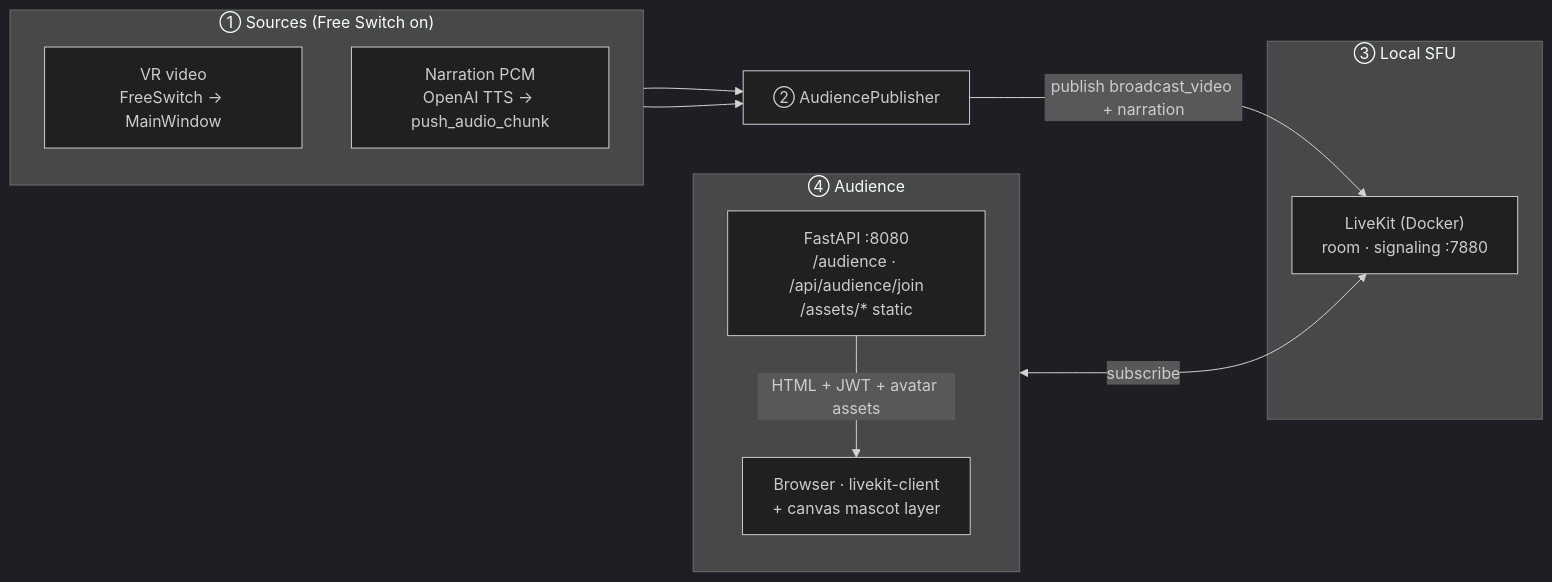
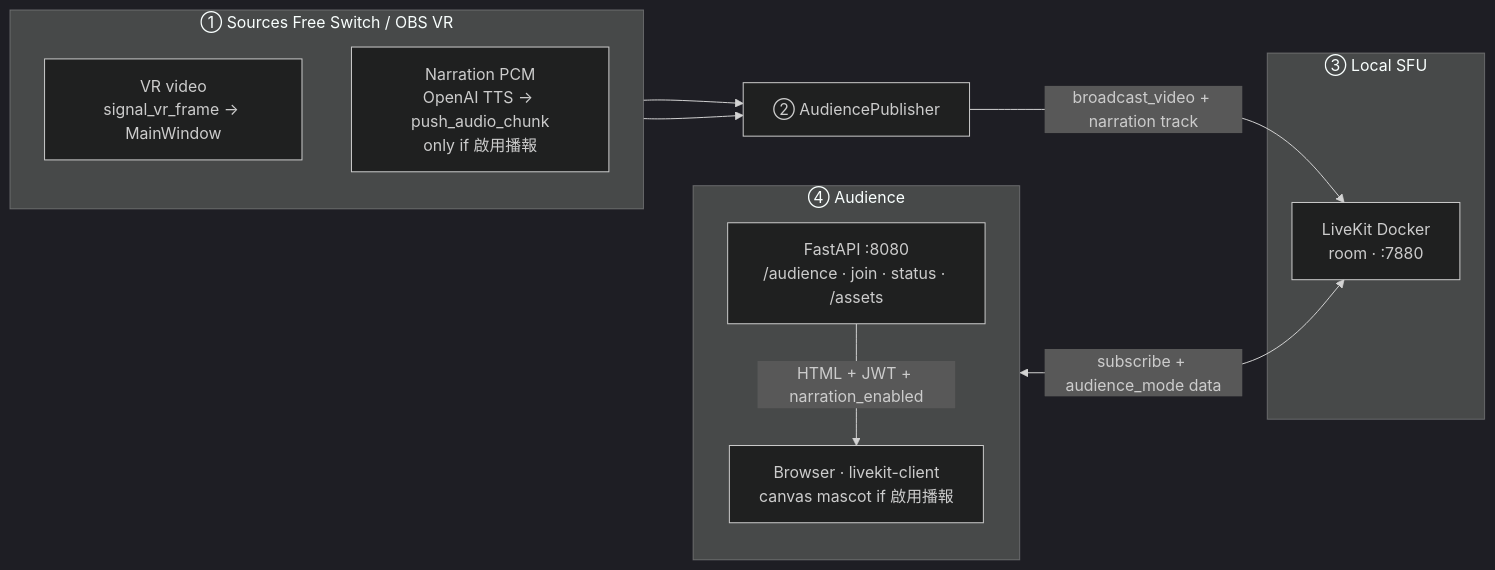
Before and after one commit to bolin35877766/miis_broadcast: the first of 2 diagrams in src/miis_broadcast/audience/README.md, drawn with Mermaid (dark theme). The commit also changed other lines of this file and 6 other files, not shown here.

First line of the commit message:
Add Audience video-only mode with live mode sync and doc updates.

````diff
--- a/src/miis_broadcast/audience/README.md
+++ b/src/miis_broadcast/audience/README.md
@@ -30,26 +48,26 @@
 ```mermaid
 flowchart LR
-  subgraph SRC["① Sources (Free Switch on)"]
+  subgraph SRC["① Sources Free Switch / OBS VR"]
     direction TB
-    VR["VR video<br/>FreeSwitch → MainWindow"]
-    PCM["Narration PCM<br/>OpenAI TTS → push_audio_chunk"]
+    VR["VR video<br/>signal_vr_frame → MainWindow"]
+    PCM["Narration PCM<br/>OpenAI TTS → push_audio_chunk<br/>only if 啟用播報"]
   end
 
   PUB["② AudiencePublisher"]
 
   subgraph LOC["③ Local SFU"]
-    LK["LiveKit (Docker)<br/>room · signaling :7880"]
+    LK["LiveKit Docker<br/>room · :7880"]
   end
 
   subgraph AUD["④ Audience"]
     direction TB
-    HTTP["FastAPI :8080<br/>/audience · /api/audience/join<br/>/assets/* static"]
-    BR["Browser · livekit-client<br/>+ canvas mascot layer"]
+    HTTP["FastAPI :8080<br/>/audience · join · status · /assets"]
+    BR["Browser · livekit-client<br/>canvas mascot if 啟用播報"]
   end
 
   VR --> PUB
   PCM --> PUB
-  PUB -->|"publish broadcast_video + narration"| LK
-  HTTP -->|"HTML + JWT + avatar assets"| BR
-  BR <-->|"subscribe"| LK
+  PUB -->|"broadcast_video + narration track"| LK
+  HTTP -->|"HTML + JWT + narration_enabled"| BR
+  BR <-->|"subscribe + audience_mode data"| LK
 ```
````
